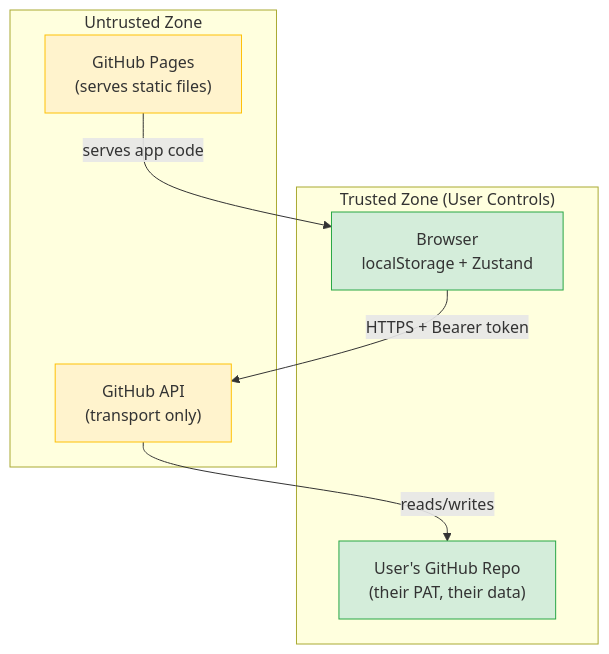
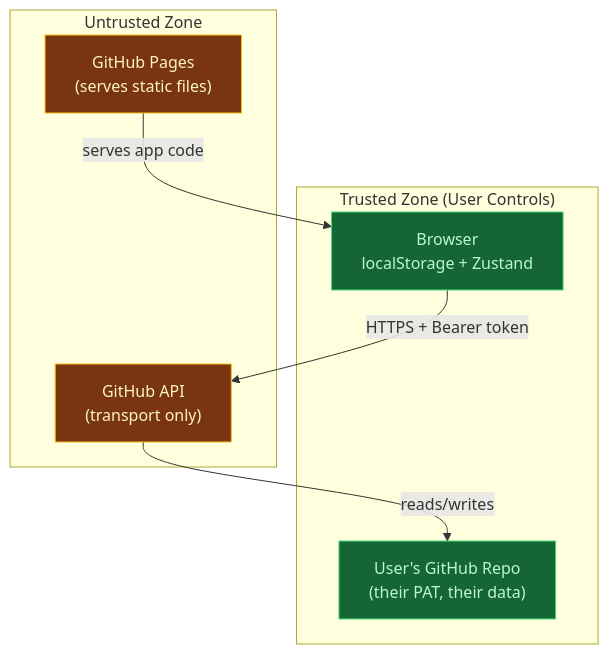
One commit to dlaszlo/battery changed the second of 17 diagrams in docs/architecture.md. Above: the diagram before and after it, drawn with Mermaid. The commit also changed other lines of this file and 1 other file, not shown here.

First line of the commit message:
Redesign navbar logo with charging animation and fix dark mode diagram readability

````diff
--- a/docs/architecture.md
+++ b/docs/architecture.md
@@ -53,21 +53,21 @@
 ```mermaid
 graph TB
     subgraph "Trusted Zone (User Controls)"
         Browser["Browser<br/>localStorage + Zustand"]
         UserRepo["User's GitHub Repo<br/>(their PAT, their data)"]
     end
 
     subgraph "Untrusted Zone"
         GitHubAPI["GitHub API<br/>(transport only)"]
         GitHubPages["GitHub Pages<br/>(serves static files)"]
     end
 
     Browser -->|"HTTPS + Bearer token"| GitHubAPI
     GitHubAPI -->|"reads/writes"| UserRepo
     GitHubPages -->|"serves app code"| Browser
 
-    style Browser fill:#d4edda,stroke:#28a745
-    style UserRepo fill:#d4edda,stroke:#28a745
-    style GitHubAPI fill:#fff3cd,stroke:#ffc107
-    style GitHubPages fill:#fff3cd,stroke:#ffc107
+    style Browser fill:#166534,stroke:#4ade80,color:#bbf7d0
+    style UserRepo fill:#166534,stroke:#4ade80,color:#bbf7d0
+    style GitHubAPI fill:#78350f,stroke:#fbbf24,color:#fef3c7
+    style GitHubPages fill:#78350f,stroke:#fbbf24,color:#fef3c7
 ```
````
